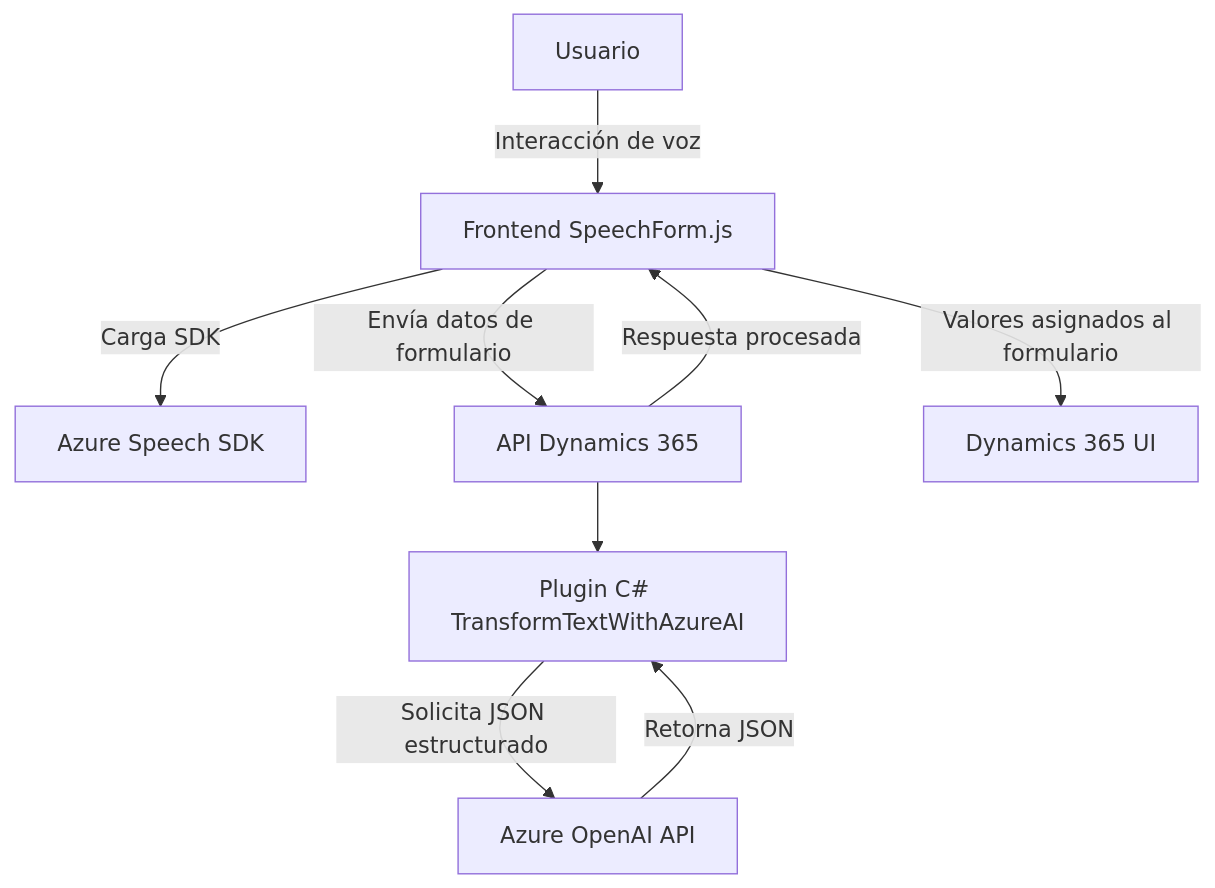
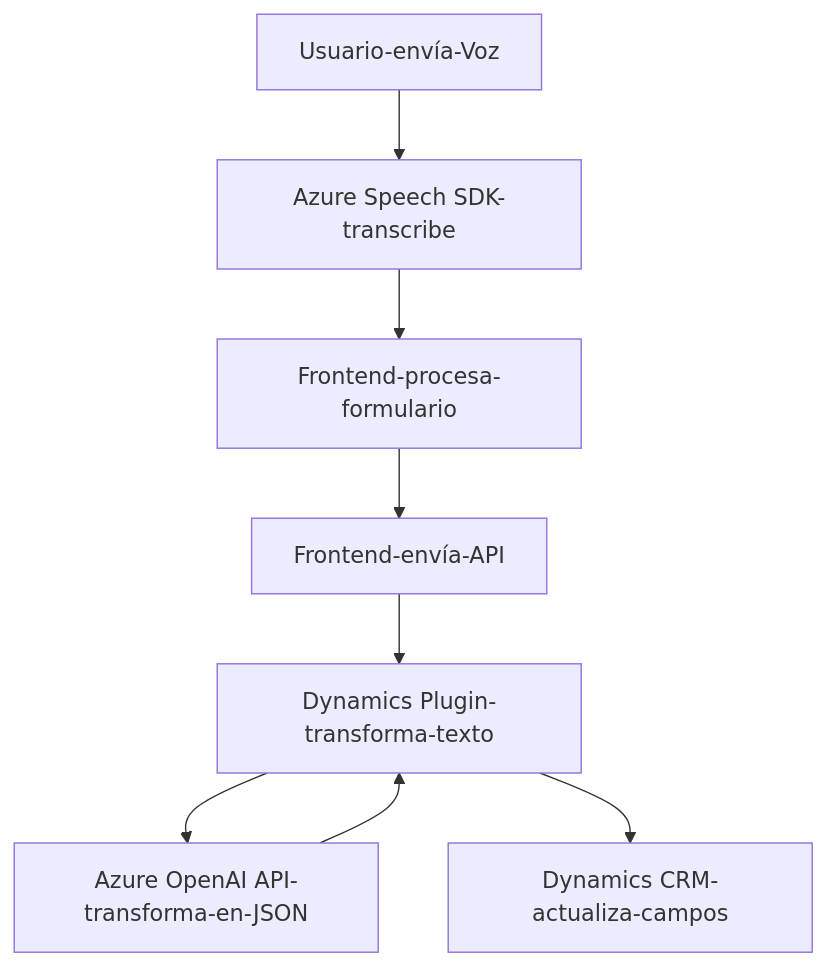
One commit to blopezdm/NETCORE_BILBAO2025 changed the diagram in README.md. Above: the diagram before and after it, drawn with Mermaid. The commit also changed other lines of this file, not shown here.

````diff
--- a/README.md
+++ b/README.md
@@ -43,11 +44,18 @@
 ```mermaid
 graph TD
-  A["Usuario"] -->|Interacción de voz| B["Frontend SpeechForm.js"]
-  B -->|Carga SDK| C["Azure Speech SDK"]
-  B -->|Envía datos de formulario| D["API Dynamics 365"]
-  D --> E["Plugin C# TransformTextWithAzureAI"]
-  E -->|Solicita JSON estructurado| F["Azure OpenAI API"]
-  F -->|Retorna JSON| E
-  D -->|Respuesta procesada| B
-  B -->|Valores asignados al formulario| G["Dynamics 365 UI"]
+  A["Usuario-envía-Voz"]
+  B["Azure Speech SDK-transcribe"]
+  C["Frontend-procesa-formulario"]
+  D["Frontend-envía-API"]
+  E["Dynamics Plugin-transforma-texto"]
+  F["Azure OpenAI API-transforma-en-JSON"]
+  G["Dynamics CRM-actualiza-campos"]
+  
+  A --> B
+  B --> C
+  C --> D
+  D --> E
+  E --> F
+  F --> E
+  E --> G
 ```
````
